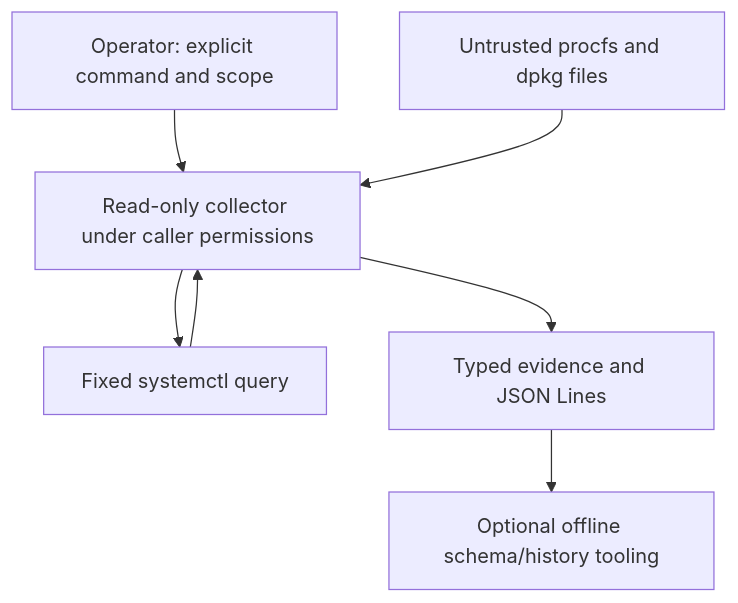
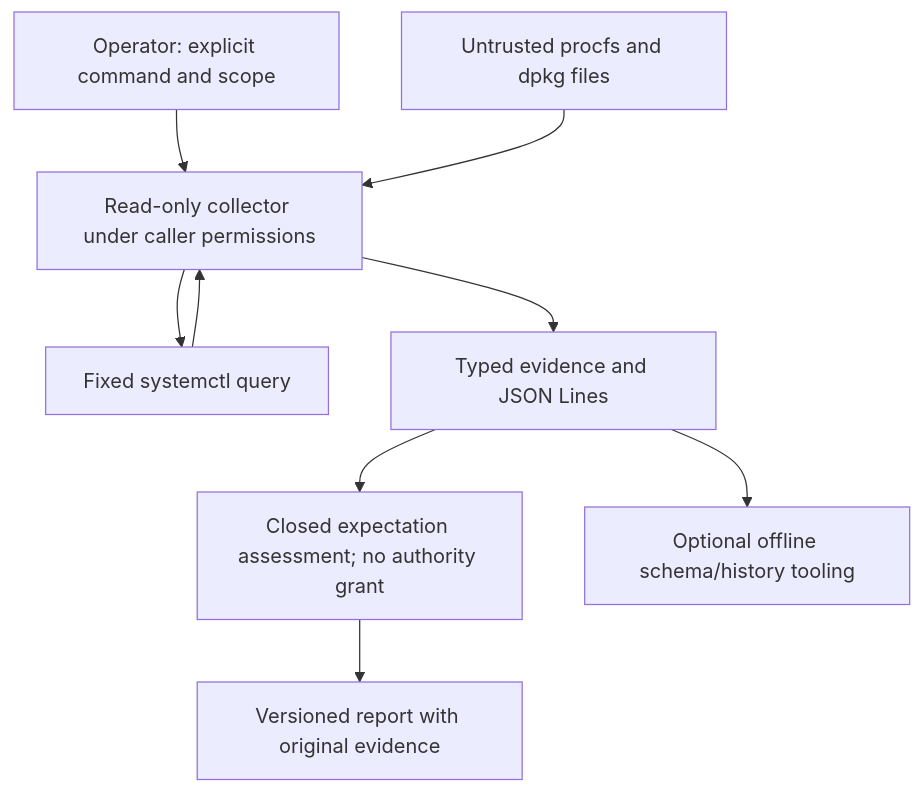
Before and after one commit to rmednitzer/mira: the diagram in docs/threat-model.md, drawn with Mermaid. The commit also changed other lines of this file and 27 other files, not shown here.

````diff
--- a/docs/threat-model.md
+++ b/docs/threat-model.md
@@ -17,9 +17,11 @@
 ```mermaid
 flowchart TD
     O["Operator: explicit command and scope"] --> C["Read-only collector under caller permissions"]
     P["Untrusted procfs and dpkg files"] --> C
     C --> S["Fixed systemctl query"]
     S --> C
     C --> E["Typed evidence and JSON Lines"]
-    E --> H["Optional offline schema/history tooling"]
+    E --> I["Closed expectation assessment; no authority grant"]
+    I --> H["Versioned report with original evidence"]
+    E --> T["Optional offline schema/history tooling"]
 ```
````
